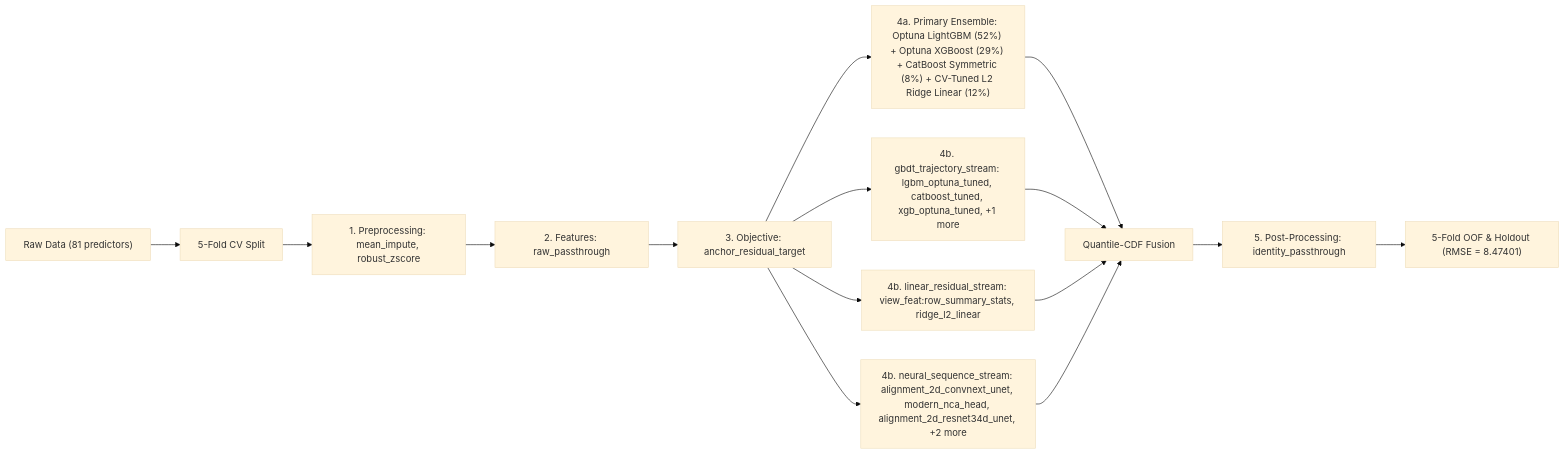
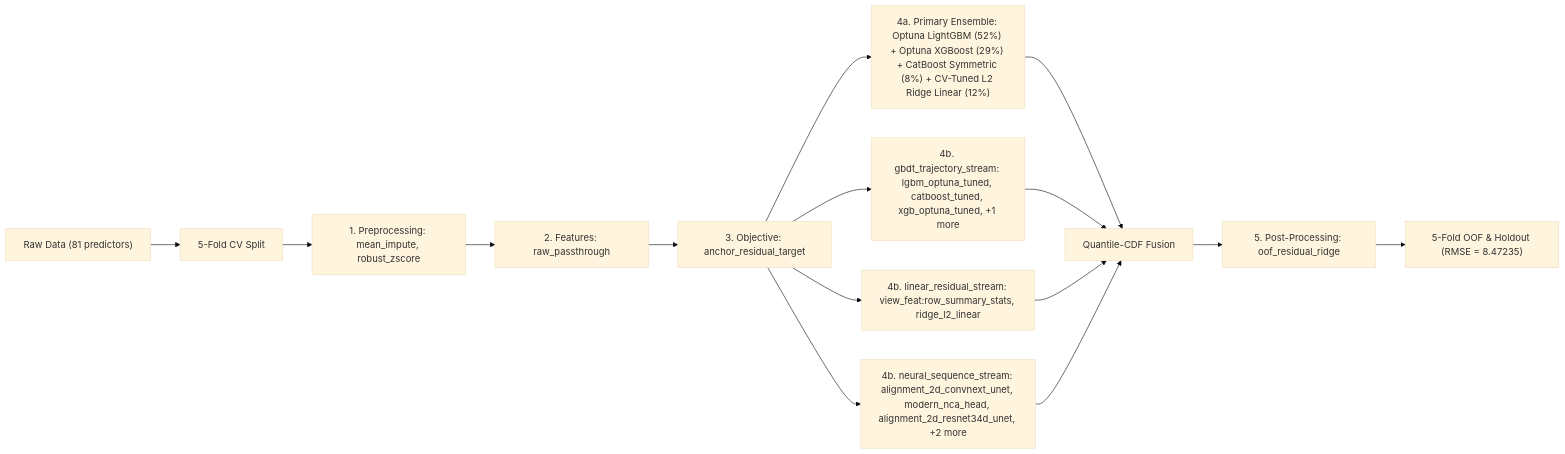
The diagram in README.md (stefanoclss/ROGII-Wellbore-Geology-Prediction), drawn with Mermaid (base theme) before and after one commit. The commit also changed other lines of this file, not shown here.

First line of the commit message:
docs(readme): refresh verified OOF benchmark & build ledger (RMSE=8.47235)

````diff
--- a/README.md
+++ b/README.md
@@ -77,17 +78,17 @@
 ```mermaid
 flowchart LR
     DATA["Raw Data (81 predictors)"] --> SPLIT["5-Fold CV Split"]
     SPLIT --> PRE["1. Preprocessing: mean_impute, robust_zscore"]
     PRE --> FEAT["2. Features: raw_passthrough"]
     FEAT --> OBJ["3. Objective: anchor_residual_target"]
     OBJ --> M0["4a. Primary Ensemble: Optuna LightGBM (52%) + Optuna XGBoost (29%) + CatBoost Symmetric (8%) + CV-Tuned L2 Ridge Linear (12%)"]
     M0 --> FUSE["Quantile-CDF Fusion"]
     OBJ --> S1["4b. gbdt_trajectory_stream: lgbm_optuna_tuned, catboost_tuned, xgb_optuna_tuned, +1 more"]
     S1 --> FUSE
     OBJ --> S2["4b. linear_residual_stream: view_feat:row_summary_stats, ridge_l2_linear"]
     S2 --> FUSE
     OBJ --> S3["4b. neural_sequence_stream: alignment_2d_convnext_unet, modern_nca_head, alignment_2d_resnet34d_unet, +2 more"]
     S3 --> FUSE
-    FUSE --> POST["5. Post-Processing: identity_passthrough"]
-    POST --> OUT["5-Fold OOF & Holdout (RMSE = 8.47401)"]
+    FUSE --> POST["5. Post-Processing: oof_residual_ridge"]
+    POST --> OUT["5-Fold OOF & Holdout (RMSE = 8.47235)"]
 ```
````
